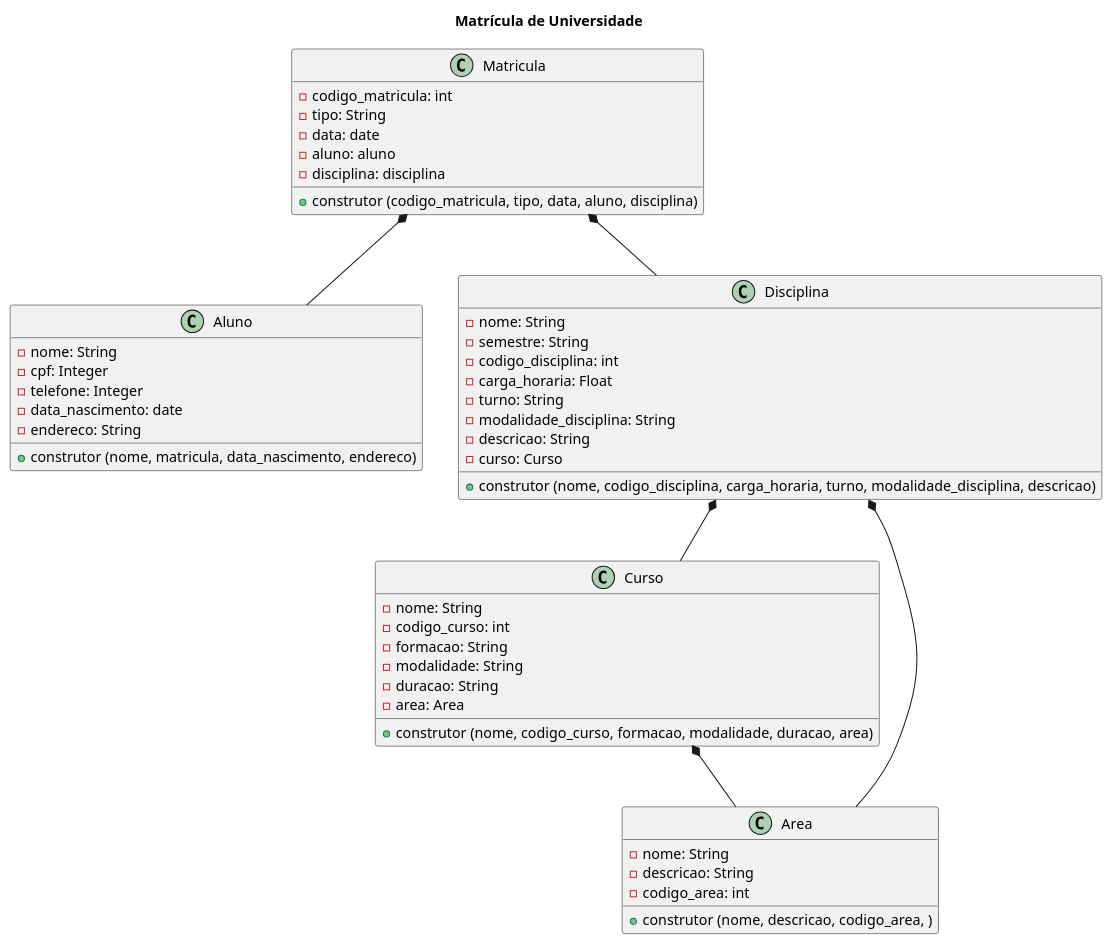
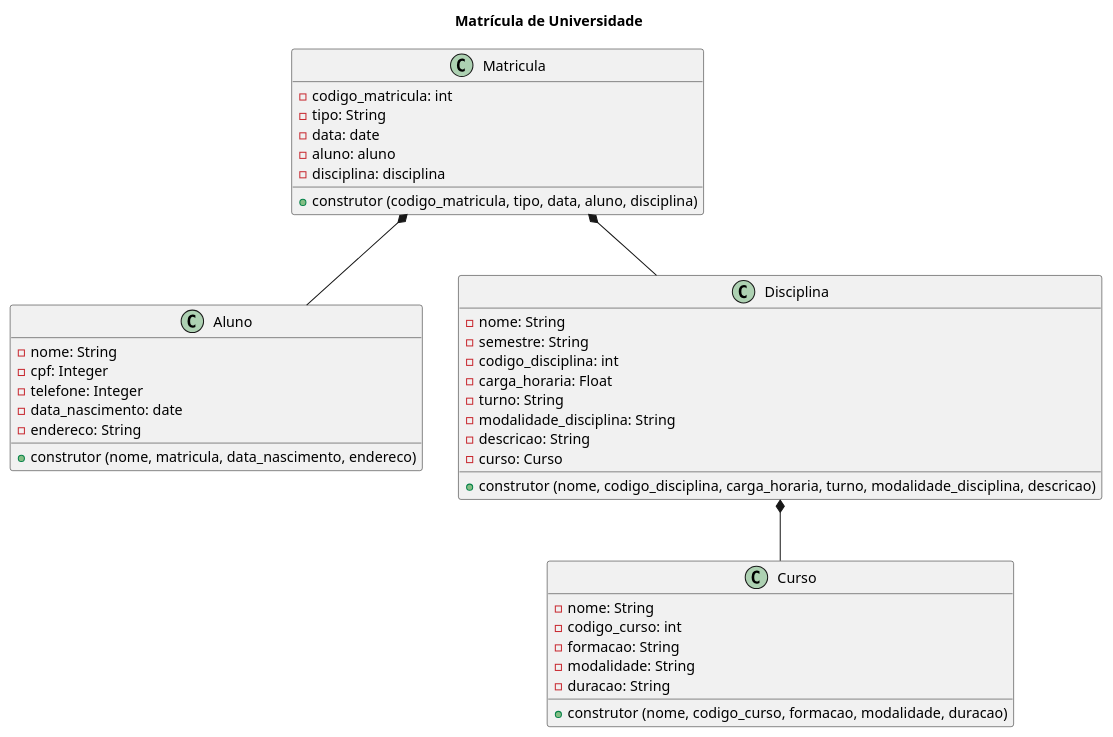
Before and after one commit to anleaes/2022-1-DEV-WEB-02: the diagram in diagrama.plantuml, drawn with PlantUML. The commit also changed 3 other files, not shown here.

```diff
--- a/diagrama.plantuml
+++ b/diagrama.plantuml
@@ -1,60 +1,50 @@
 @startuml universidade
 
 title Matrícula de Universidade
 
 class Aluno{
     - nome: String
     - cpf: Integer
     - telefone: Integer
     - data_nascimento: date
     - endereco: String
     + construtor (nome, matricula, data_nascimento, endereco)
 }
 
 class Disciplina{
     - nome: String
     - semestre: String
     - codigo_disciplina: int
     - carga_horaria: Float
     - turno: String
     - modalidade_disciplina: String
     - descricao: String
     - curso: Curso
     + construtor (nome, codigo_disciplina, carga_horaria, turno, modalidade_disciplina, descricao)
 }
 
 class Matricula{
     - codigo_matricula: int
     - tipo: String
     - data: date
     - aluno: aluno
     - disciplina: disciplina
     + construtor (codigo_matricula, tipo, data, aluno, disciplina)
 }
 
 class Curso{
     - nome: String  
     - codigo_curso: int
     - formacao: String
     - modalidade: String
     - duracao: String
-    - area: Area
-    + construtor (nome, codigo_curso, formacao, modalidade, duracao, area)
+    + construtor (nome, codigo_curso, formacao, modalidade, duracao)
 }
-
-class Area{
-    - nome: String
-    - descricao: String
-    - codigo_area: int
-    + construtor (nome, descricao, codigo_area, )
-}
-
 
 
 Matricula *-- Aluno
 Matricula *-- Disciplina
 Disciplina *-- Curso
-Curso *-- Area
-Disciplina *-- Area
+
 
 @enduml
```
